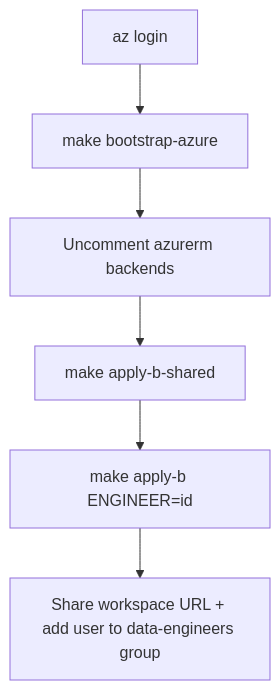
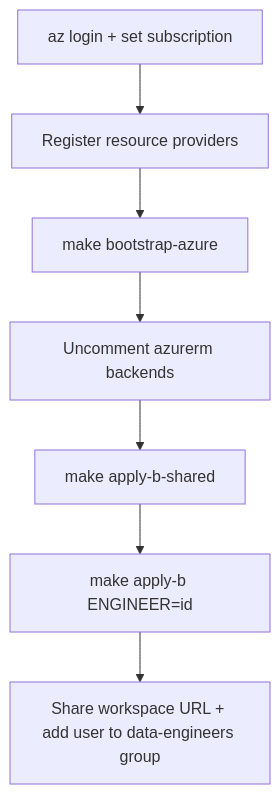
Before and after one commit to Rhiannax3/sandbox-infrastructure-sar-project: the diagram in docs/platform-admin/project-b-azure-runbook.md, drawn with Mermaid. The commit also changed other lines of this file and 9 other files, not shown here.

````diff
--- a/docs/platform-admin/project-b-azure-runbook.md
+++ b/docs/platform-admin/project-b-azure-runbook.md
@@ -86,8 +149,9 @@
 ```mermaid
 flowchart TD
-  login[az login] --> boot[make bootstrap-azure]
+  login[az login + set subscription] --> register[Register resource providers]
+  register --> boot[make bootstrap-azure]
   boot --> backend[Uncomment azurerm backends]
   backend --> shared[make apply-b-shared]
   shared --> eng[make apply-b ENGINEER=id]
   eng --> handoff[Share workspace URL + add user to data-engineers group]
 ```
````
